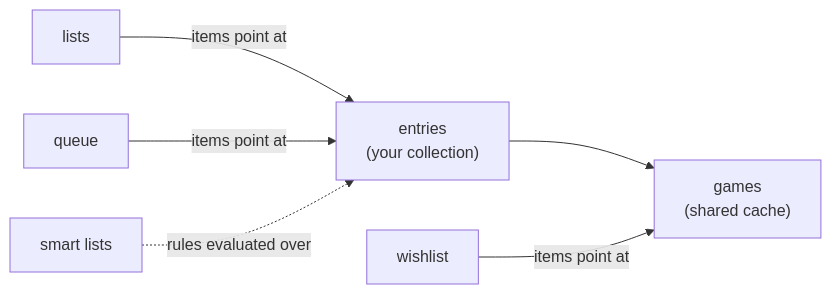
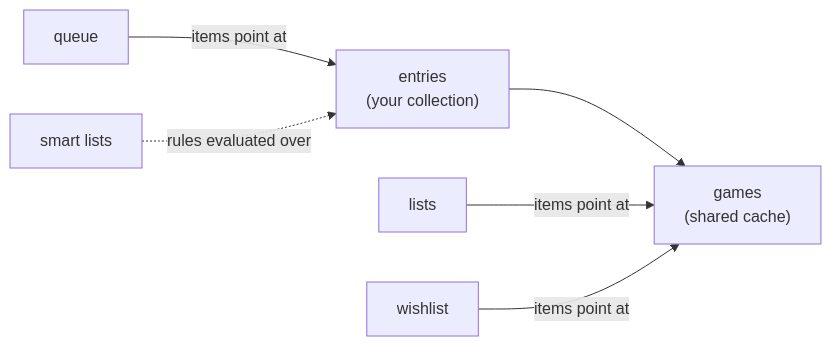
One commit to joeattardi/gamequeue changed diagram 11 of 21 in OVERVIEW.md. Above: the diagram before and after it, drawn with Mermaid. The commit also changed other lines of this file and 42 other files, not shown here.

````diff
--- a/OVERVIEW.md
+++ b/OVERVIEW.md
@@ -431,15 +431,15 @@
 ```mermaid
 flowchart LR
     G["games<br/>(shared cache)"]
     E["entries<br/>(your collection)"]
     L["lists"]
     Q["queue"]
     S["smart lists"]
     W["wishlist"]
 
     E --> G
-    L -- "items point at" --> E
+    L -- "items point at" --> G
     Q -- "items point at" --> E
     S -. "rules evaluated over" .-> E
     W -- "items point at" --> G
 ```
````
